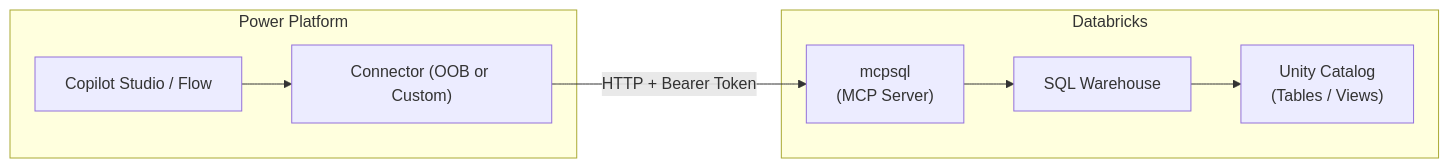
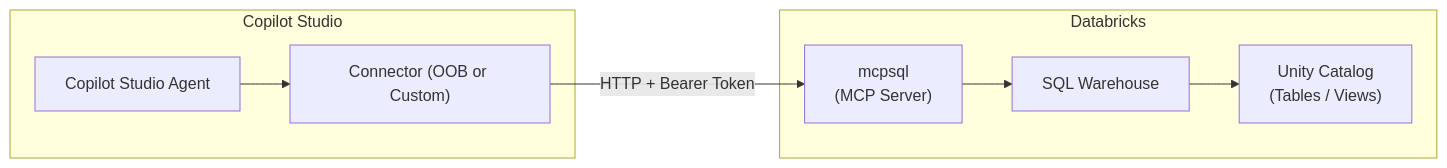
The diagram in docs/20-patterns/databricks/pattern-dbx-mcp-sql.md (briangre/CopilotStudioVirtualNetworking), drawn with Mermaid before and after one commit. The commit also changed other lines of this file and 15 other files, not shown here.

First line of the commit message:
Remove Power Automate/Power Apps references, replace with Copilot Studio agents throughout documentation

````diff
--- a/docs/20-patterns/databricks/pattern-dbx-mcp-sql.md
+++ b/docs/20-patterns/databricks/pattern-dbx-mcp-sql.md
@@ -9,16 +9,16 @@
 ```mermaid
 flowchart LR
-    subgraph PP["Power Platform"]
-        agent["Copilot Studio / Flow"]
+    subgraph PP["Copilot Studio"]
+        agent["Copilot Studio Agent"]
         conn["Connector (OOB or Custom)"]
     end
     subgraph DBX["Databricks"]
         mcp["mcpsql\n(MCP Server)"]
         wh["SQL Warehouse"]
         cat["Unity Catalog\n(Tables / Views)"]
     end
     agent --> conn
     conn -- "HTTP + Bearer Token" --> mcp
     mcp --> wh
     wh --> cat
 ```
````
